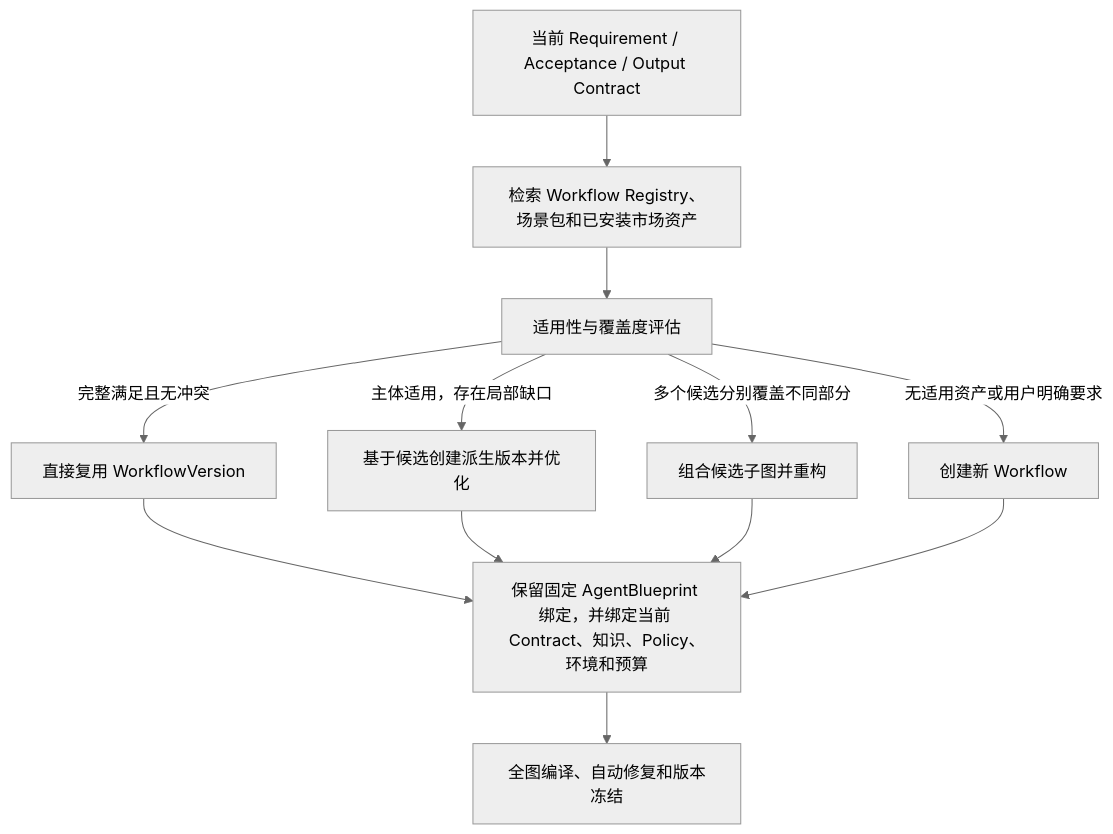
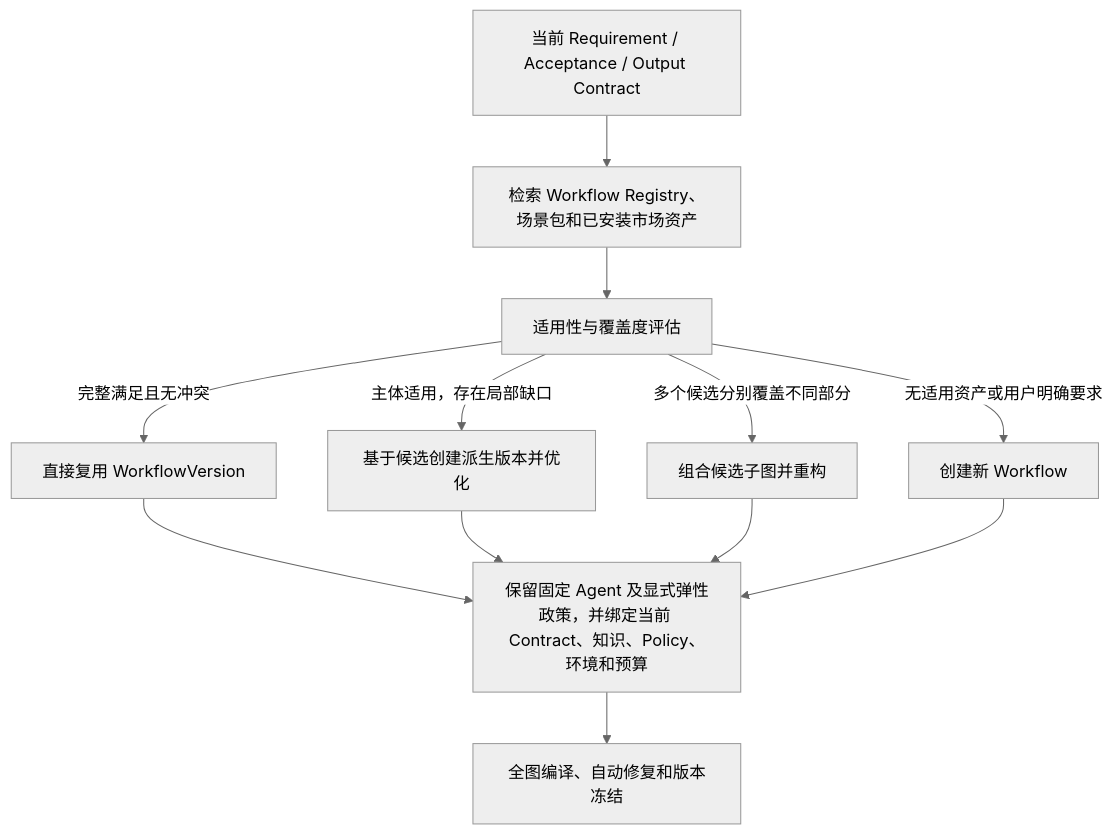
The tenth of 28 diagrams in docs/04-design/detailed-design-v1.md (Logayan/agent-arena), drawn with Mermaid (neutral theme) before and after one commit. The commit also changed other lines of this file and 32 other files, not shown here.

````diff
--- a/docs/04-design/detailed-design-v1.md
+++ b/docs/04-design/detailed-design-v1.md
@@ -739,14 +831,14 @@
 ```mermaid
 flowchart TD
     C["当前 Requirement / Acceptance / Output Contract"] --> R["检索 Workflow Registry、场景包和已安装市场资产"]
     R --> E["适用性与覆盖度评估"]
     E -->|"完整满足且无冲突"| REUSE["直接复用 WorkflowVersion"]
     E -->|"主体适用，存在局部缺口"| DERIVE["基于候选创建派生版本并优化"]
     E -->|"多个候选分别覆盖不同部分"| COMPOSE["组合候选子图并重构"]
     E -->|"无适用资产或用户明确要求"| CREATE["创建新 Workflow"]
-    REUSE --> BIND["保留固定 AgentBlueprint 绑定，并绑定当前 Contract、知识、Policy、环境和预算"]
+    REUSE --> BIND["保留固定 Agent 及显式弹性政策，并绑定当前 Contract、知识、Policy、环境和预算"]
     DERIVE --> BIND
     COMPOSE --> BIND
     CREATE --> BIND
     BIND --> VALIDATE["全图编译、自动修复和版本冻结"]
 ```
````
